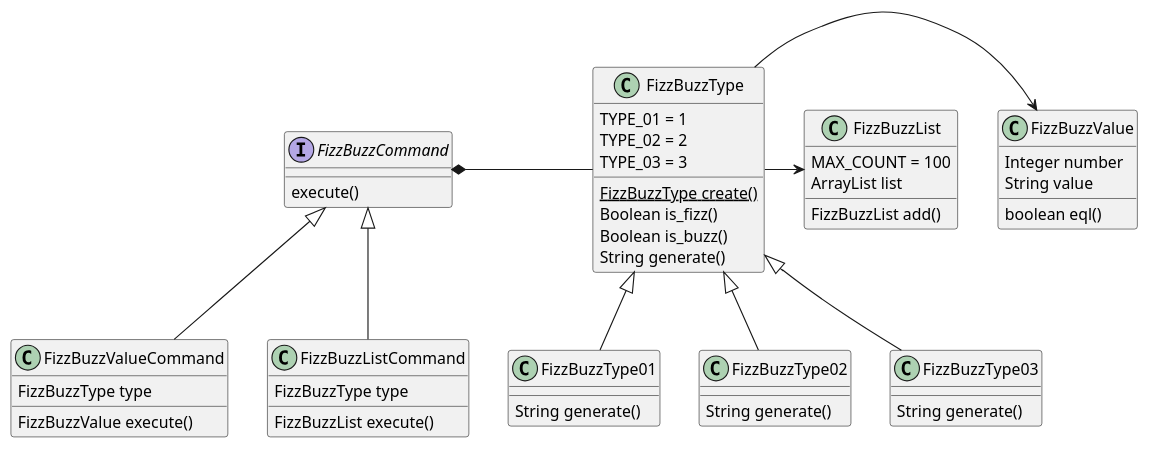
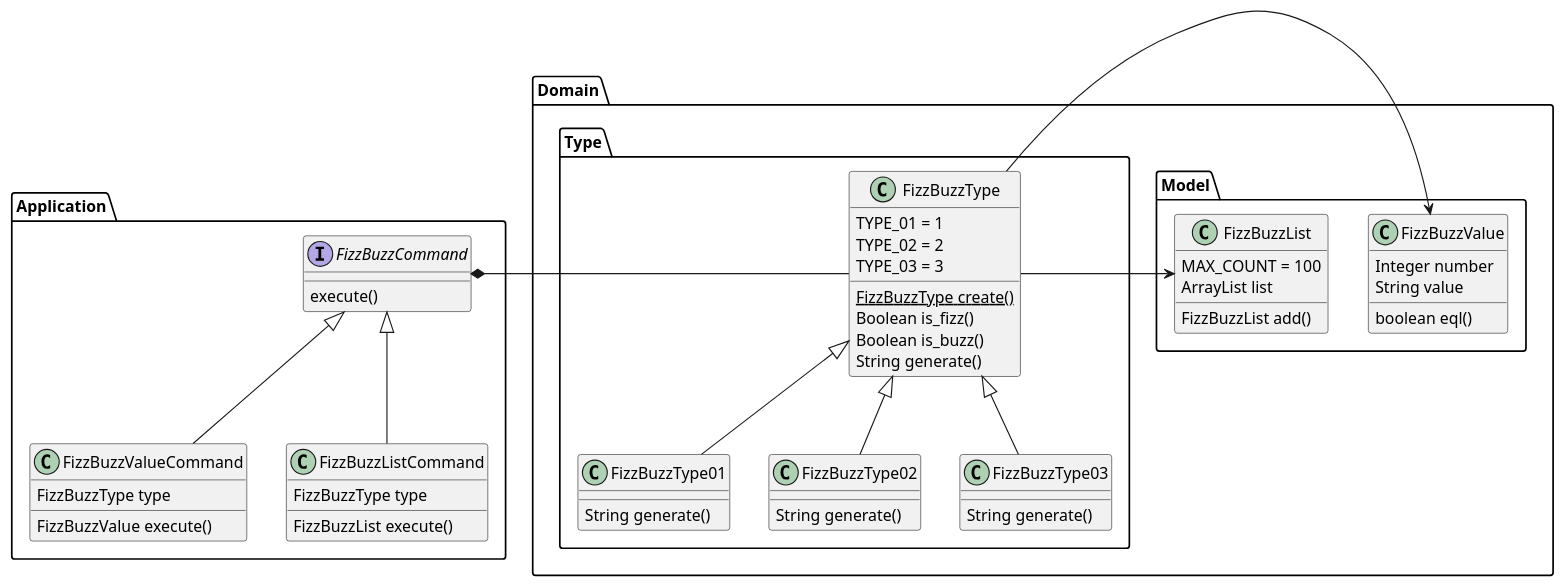
One commit to hiroshima-arc/tdd_rb changed the diagram in docs/src/spec/fizz_buzz.adoc. Above: the diagram before and after it, drawn with PlantUML. The commit also changed other lines of this file and 17 other files, not shown here.

```diff
--- a/docs/src/spec/fizz_buzz.adoc
+++ b/docs/src/spec/fizz_buzz.adoc
@@ -57,58 +57,68 @@
 [plantuml]
 ----
-interface FizzBuzzCommand {
-  execute()
+
+package Application {
+  interface FizzBuzzCommand {
+    execute()
+  }
+
+  class FizzBuzzValueCommand {
+    FizzBuzzType type
+    FizzBuzzValue execute()
+  }
+
+  class FizzBuzzListCommand {
+    FizzBuzzType type
+    FizzBuzzList execute()
+  }
 }
 
-class FizzBuzzValueCommand {
-  FizzBuzzType type
-  FizzBuzzValue execute()
-}
+package Domain {
+    package Model {
+      class FizzBuzzValue {
+        Integer number
+        String value
+        boolean eql()
+      }
 
-class FizzBuzzListCommand {
-  FizzBuzzType type
-  FizzBuzzList execute()
-}
+      class FizzBuzzList {
+        MAX_COUNT = 100
+        ArrayList list
+        FizzBuzzList add()
+      }
+    }
 
-class FizzBuzzType {
-  TYPE_01 = 1
-  TYPE_02 = 2
-  TYPE_03 = 3
-  FizzBuzzType {static} create()
-  Boolean is_fizz()
-  Boolean is_buzz()
-  String generate()
-}
+    package Type {
+      class FizzBuzzType {
+        TYPE_01 = 1
+        TYPE_02 = 2
+        TYPE_03 = 3
+        FizzBuzzType {static} create()
+        Boolean is_fizz()
+        Boolean is_buzz()
+        String generate()
+      }
 
-class FizzBuzzType01 {
-  String generate()
-}
+      class FizzBuzzType01 {
+        String generate()
+      }
 
-class FizzBuzzType02 {
-  String generate()
-}
+      class FizzBuzzType02 {
+        String generate()
+      }
 
-class FizzBuzzType03 {
-  String generate()
-}
-
-class FizzBuzzValue {
-  Integer number
-  String value
-  boolean eql()
-}
-
-class FizzBuzzList {
-  MAX_COUNT = 100
-  ArrayList list
-  FizzBuzzList add()
+      class FizzBuzzType03 {
+        String generate()
+      }
+    }
 }
 FizzBuzzCommand <|-- FizzBuzzValueCommand
 FizzBuzzCommand <|-- FizzBuzzListCommand
 FizzBuzzCommand *- FizzBuzzType
 FizzBuzzType <|-- FizzBuzzType01
 FizzBuzzType <|-- FizzBuzzType02
 FizzBuzzType <|-- FizzBuzzType03
 FizzBuzzType -> FizzBuzzValue
 FizzBuzzType -> FizzBuzzList
+
 ----
```
